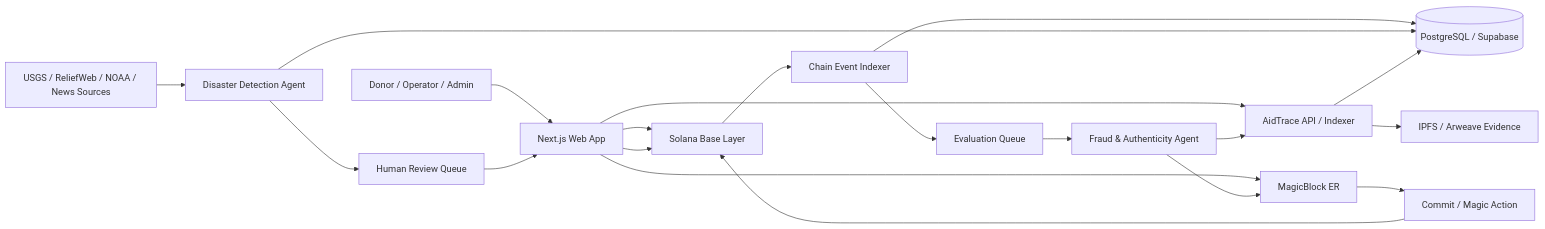
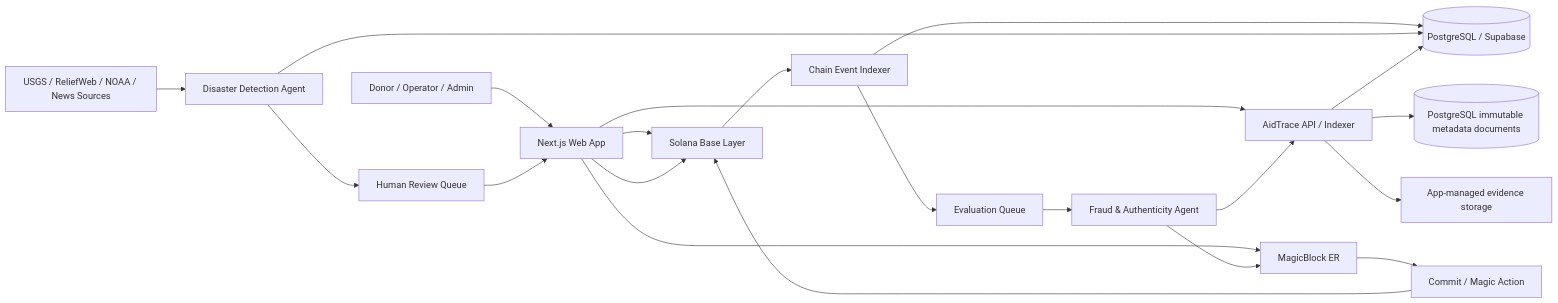
The first of 3 diagrams in skills/architecture.md (AyushDeuja/aid-trace), drawn with Mermaid before and after one commit. The commit also changed other lines of this file and 4 other files, not shown here.

Commit message:
feat: Transition to immutable PostgreSQL metadata documents for organizations and campaigns, removing IPFS/CID dependencies

````diff
--- a/skills/architecture.md
+++ b/skills/architecture.md
@@ -43,27 +43,28 @@
 ```mermaid
 flowchart LR
     U[Donor / Operator / Admin] --> WEB[Next.js Web App]
     WEB --> SOL[Solana Base Layer]
     WEB --> API[AidTrace API / Indexer]
     WEB --> ER[MagicBlock ER]
 
     SOL --> IDX[Chain Event Indexer]
     IDX --> DB[(PostgreSQL / Supabase)]
     IDX --> JOBS[Evaluation Queue]
 
     JOBS --> FRAUD[Fraud & Authenticity Agent]
     FRAUD --> API
     FRAUD --> ER
 
     FEEDS[USGS / ReliefWeb / NOAA / News Sources] --> DISASTER[Disaster Detection Agent]
     DISASTER --> DB
     DISASTER --> REVIEW[Human Review Queue]
     REVIEW --> WEB
     WEB --> SOL
 
     ER --> COMMIT[Commit / Magic Action]
     COMMIT --> SOL
 
     API --> DB
-    API --> STORE[IPFS / Arweave Evidence]
+    API --> META[(PostgreSQL immutable metadata documents)]
+    API --> STORE[App-managed evidence storage]
 ```
````
